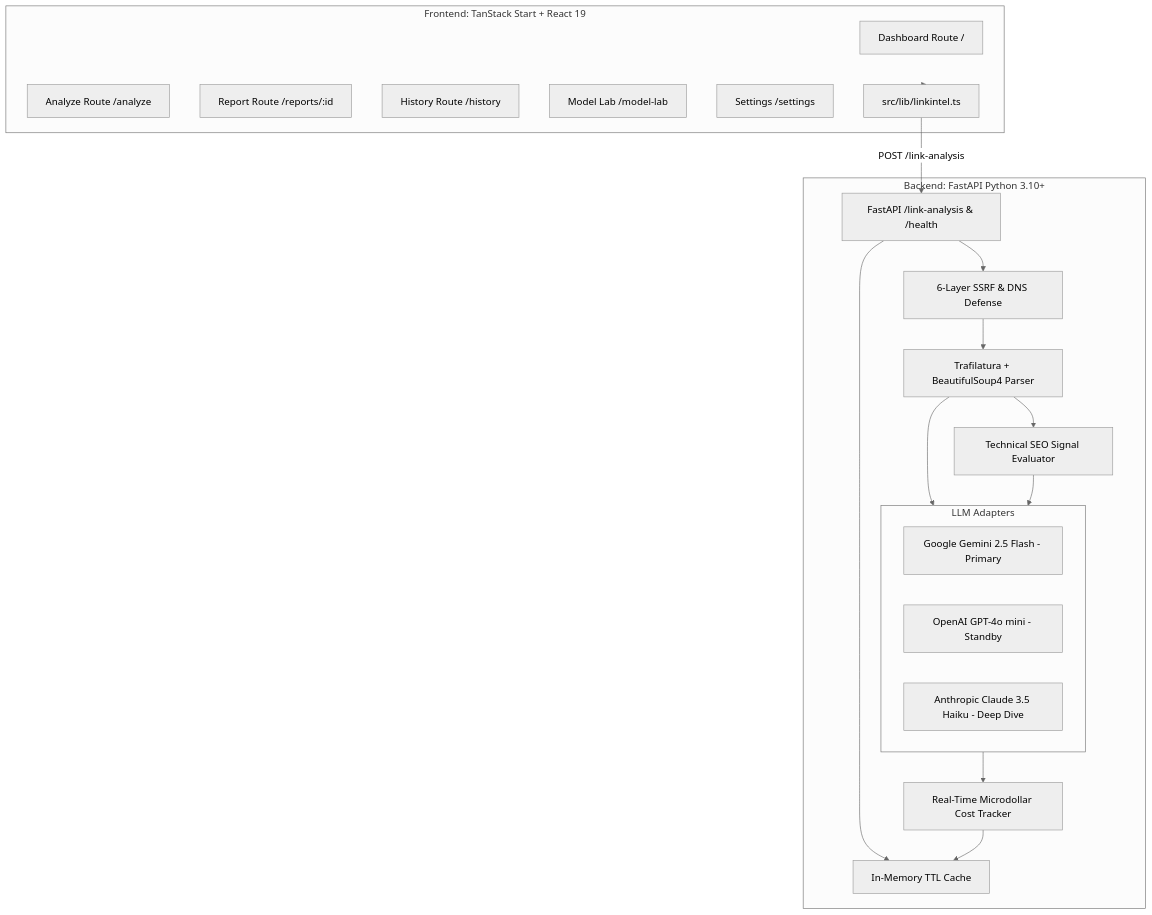
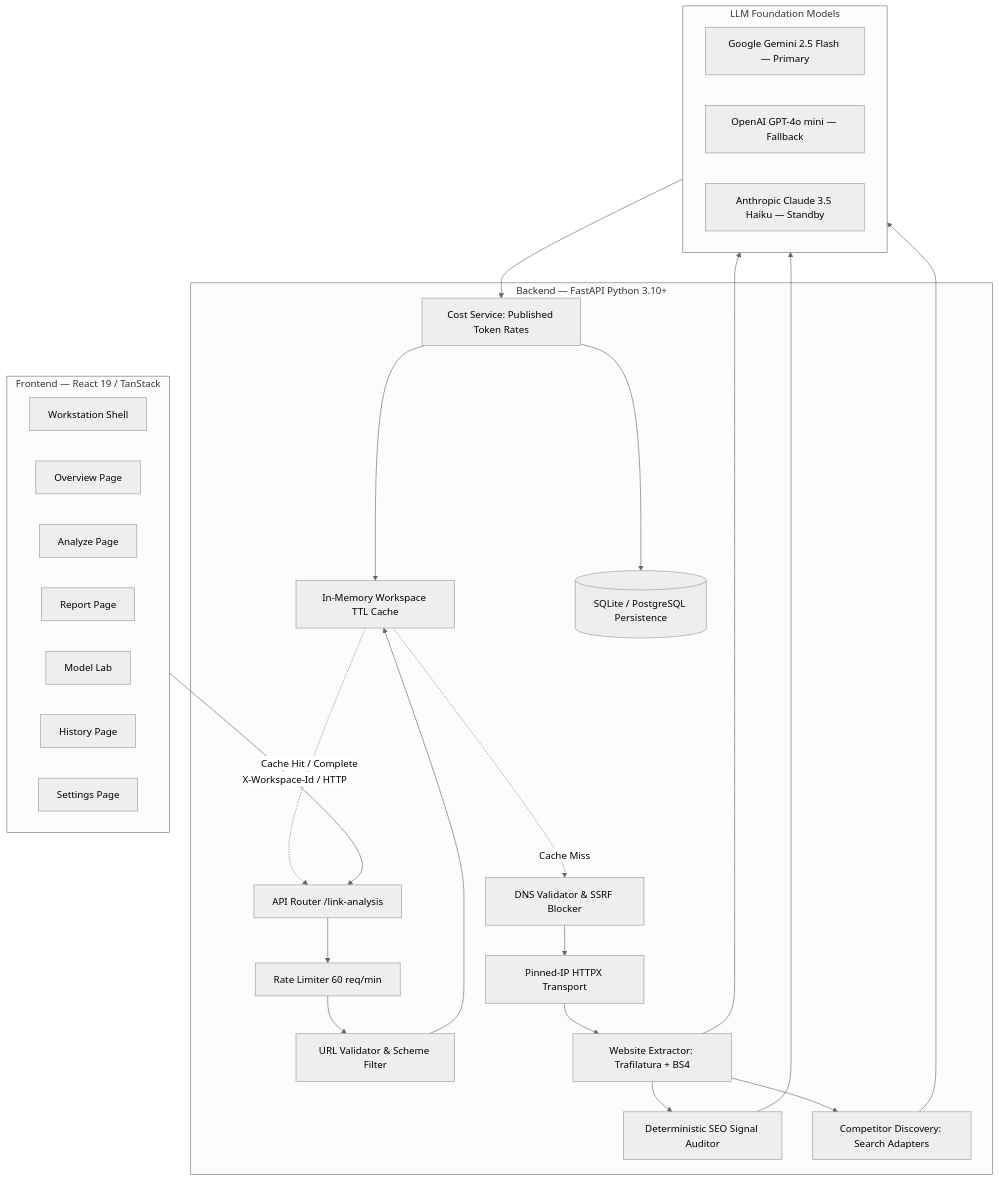
One commit to Mandar-code143/link-sleuth-studio changed the diagram in README.md. Above: the diagram before and after it, drawn with Mermaid (neutral theme). The commit also changed other lines of this file and 35 other files, not shown here.

````diff
--- a/README.md
+++ b/README.md
@@ -42,37 +69,47 @@
 ```mermaid
-graph TB
-    subgraph ClientLayer [Frontend: TanStack Start + React 19]
-        DASH[Dashboard Route /]
-        ANZ[Analyze Route /analyze]
-        REP[Report Route /reports/:id]
-        HIST[History Route /history]
-        LAB[Model Lab /model-lab]
-        SET[Settings /settings]
-        API_CLIENT[src/lib/linkintel.ts]
+flowchart TD
+    subgraph Client [Frontend — React 19 / TanStack]
+        UI[Workstation Shell]
+        P1[Overview Page]
+        P2[Analyze Page]
+        P3[Report Page]
+        P4[Model Lab]
+        P5[History Page]
+        P6[Settings Page]
     end
 
-    subgraph BackendLayer [Backend: FastAPI Python 3.10+]
-        ROUTER[FastAPI /link-analysis & /health]
-        SSRF[6-Layer SSRF & DNS Defense]
-        EXTRACTOR[Trafilatura + BeautifulSoup4 Parser]
-        SEO[Technical SEO Signal Evaluator]
-        CACHE[In-Memory TTL Cache]
-        COST[Real-Time Microdollar Cost Tracker]
-
-        subgraph ProviderLayer [LLM Adapters]
-            GEMINI[Google Gemini 2.5 Flash - Primary]
-            OPENAI[OpenAI GPT-4o mini - Standby]
-            CLAUDE[Anthropic Claude 3.5 Haiku - Deep Dive]
-        end
+    subgraph Backend [Backend — FastAPI Python 3.10+]
+        API[API Router /link-analysis]
+        RL[Rate Limiter 60 req/min]
+        VAL[URL Validator & Scheme Filter]
+        DNS[DNS Validator & SSRF Blocker]
+        PIN[Pinned-IP HTTPX Transport]
+        EXT[Website Extractor: Trafilatura + BS4]
+        SEO[Deterministic SEO Signal Auditor]
+        COMP[Competitor Discovery: Search Adapters]
+        CACHE[In-Memory Workspace TTL Cache]
+        COST[Cost Service: Published Token Rates]
+        DB[(SQLite / PostgreSQL Persistence)]
     end
 
-    ClientLayer --> API_CLIENT
-    API_CLIENT -- POST /link-analysis --> ROUTER
-    ROUTER --> CACHE
-    ROUTER --> SSRF
-    SSRF --> EXTRACTOR
-    EXTRACTOR --> SEO
-    EXTRACTOR & SEO --> ProviderLayer
-    ProviderLayer --> COST
+    subgraph Providers [LLM Foundation Models]
+        GEMINI[Google Gemini 2.5 Flash — Primary]
+        OPENAI[OpenAI GPT-4o mini — Fallback]
+        CLAUDE[Anthropic Claude 3.5 Haiku — Standby]
+    end
+
+    Client -->|X-Workspace-Id / HTTP| API
+    API --> RL
+    RL --> VAL
+    VAL --> CACHE
+    CACHE -.->|Cache Miss| DNS
+    DNS --> PIN
+    PIN --> EXT
+    EXT --> SEO
+    EXT --> COMP
+    EXT & SEO & COMP --> Providers
+    Providers --> COST
+    COST --> DB
     COST --> CACHE
+    CACHE -.->|Cache Hit / Complete| API
 ```
````
